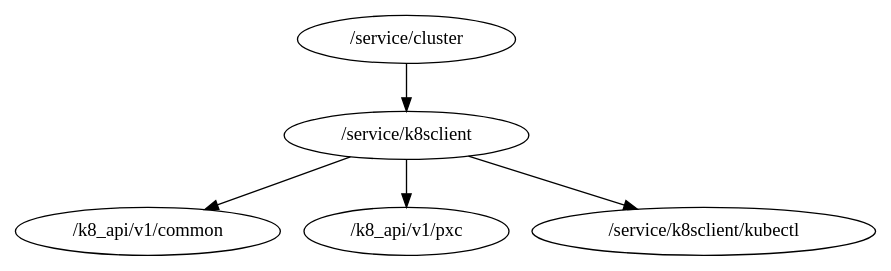
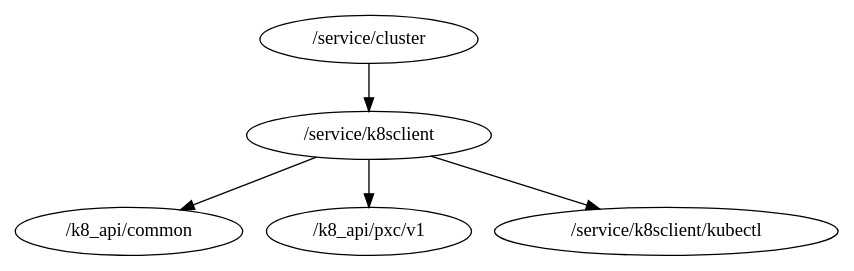
One commit to percona/dbaas-controller changed the diagram in packages.dot. Above: the diagram before and after it, drawn with Graphviz.

Commit message:
PMM-6826 Update packages.dot.

```diff
--- a/packages.dot
+++ b/packages.dot
@@ -1,6 +1,6 @@
 digraph packages {
 	"/service/cluster" -> "/service/k8sclient";
-	"/service/k8sclient" -> "/k8_api/v1/common";
-	"/service/k8sclient" -> "/k8_api/v1/pxc";
+	"/service/k8sclient" -> "/k8_api/common";
+	"/service/k8sclient" -> "/k8_api/pxc/v1";
 	"/service/k8sclient" -> "/service/k8sclient/kubectl";
 }
```
